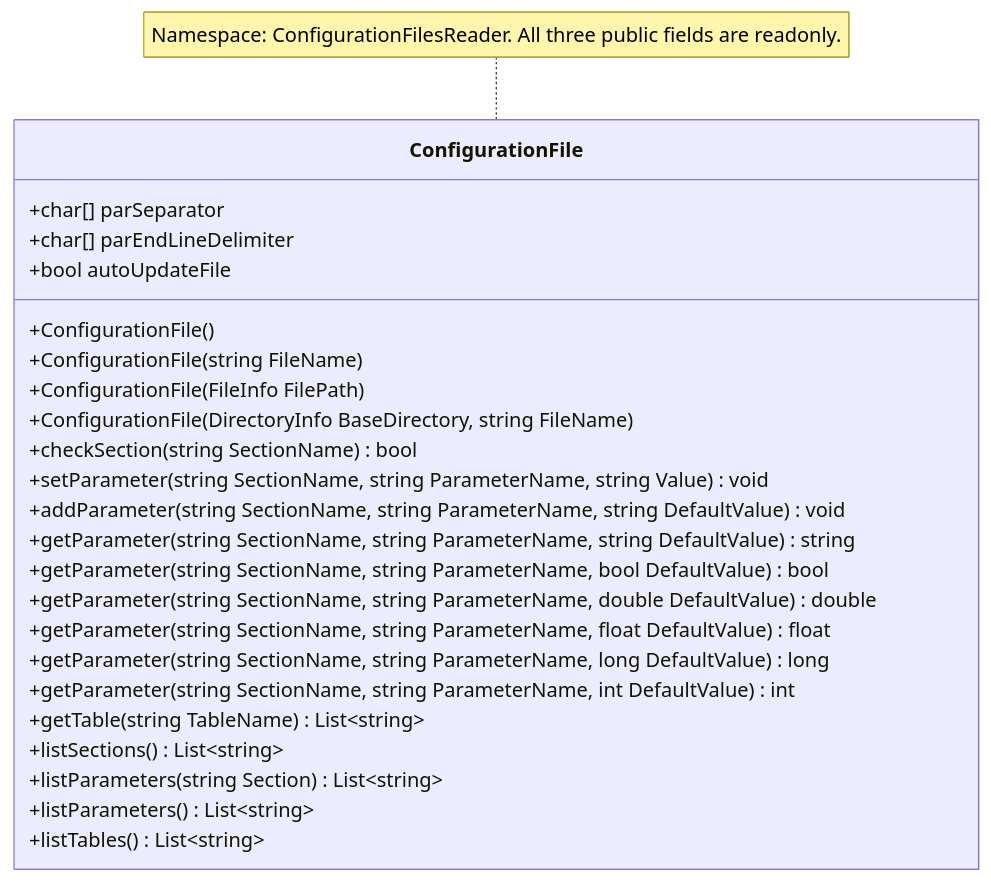
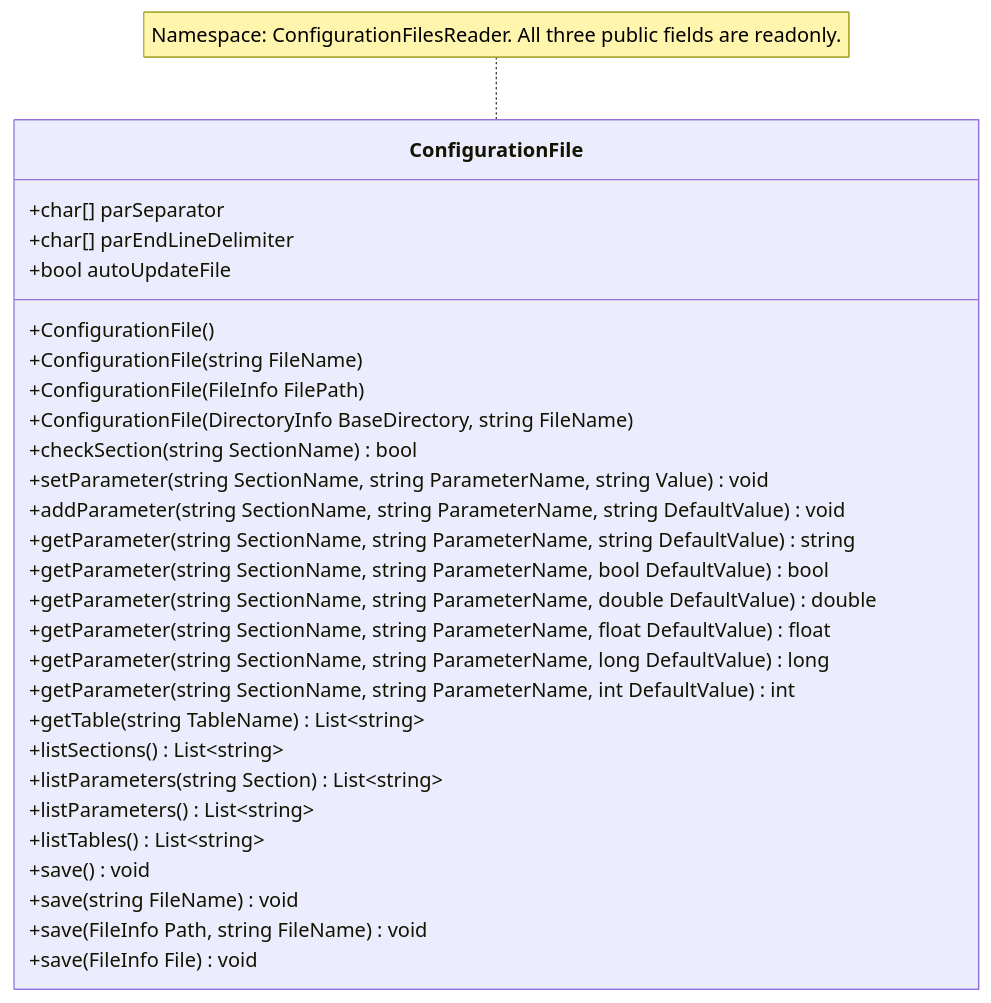
Before and after one commit to delloiaconos/IniLike: the diagram in README.md, drawn with Mermaid. The commit also changed other lines of this file and 2 other files, not shown here.

Commit message:
Implemented save method.

````diff
--- a/README.md
+++ b/README.md
@@ -77,27 +77,31 @@
 ```mermaid
 classDiagram
     class ConfigurationFile {
         +char[] parSeparator
         +char[] parEndLineDelimiter
         +bool autoUpdateFile
         +ConfigurationFile()
         +ConfigurationFile(string FileName)
         +ConfigurationFile(FileInfo FilePath)
         +ConfigurationFile(DirectoryInfo BaseDirectory, string FileName)
         +checkSection(string SectionName) bool
         +setParameter(string SectionName, string ParameterName, string Value) void
         +addParameter(string SectionName, string ParameterName, string DefaultValue) void
         +getParameter(string SectionName, string ParameterName, string DefaultValue) string
         +getParameter(string SectionName, string ParameterName, bool DefaultValue) bool
         +getParameter(string SectionName, string ParameterName, double DefaultValue) double
         +getParameter(string SectionName, string ParameterName, float DefaultValue) float
         +getParameter(string SectionName, string ParameterName, long DefaultValue) long
         +getParameter(string SectionName, string ParameterName, int DefaultValue) int
         +getTable(string TableName) List~string~
         +listSections() List~string~
         +listParameters(string Section) List~string~
         +listParameters() List~string~
         +listTables() List~string~
+        +save() void
+        +save(string FileName) void
+        +save(FileInfo Path, string FileName) void
+        +save(FileInfo File) void
     }
     note for ConfigurationFile "Namespace: ConfigurationFilesReader. All three public fields are readonly."
 ```
````
